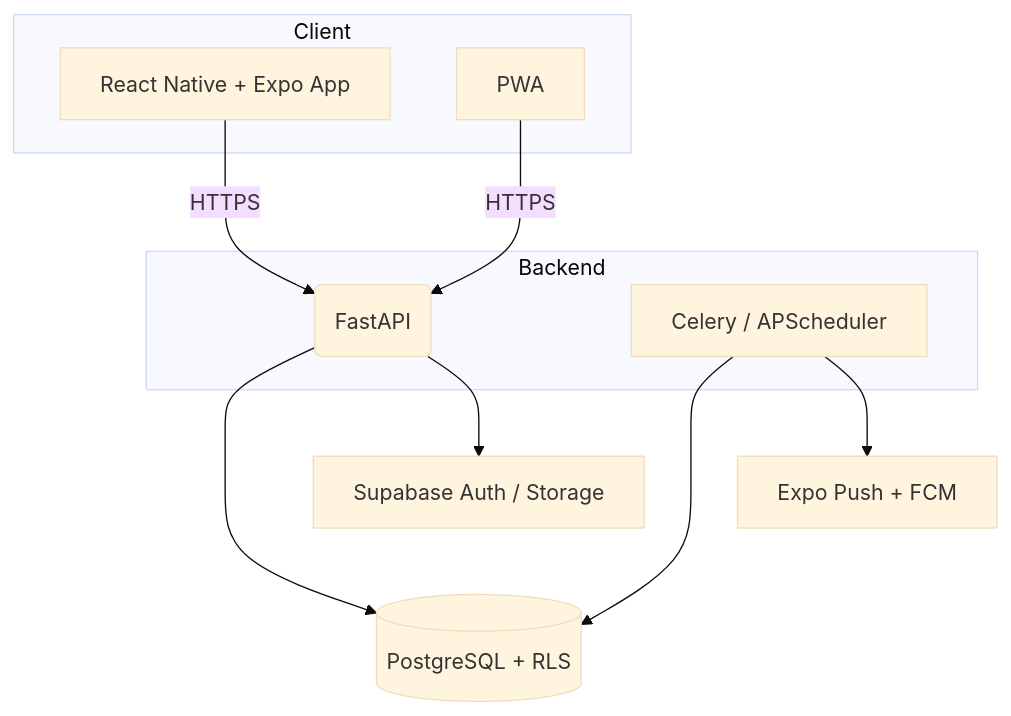
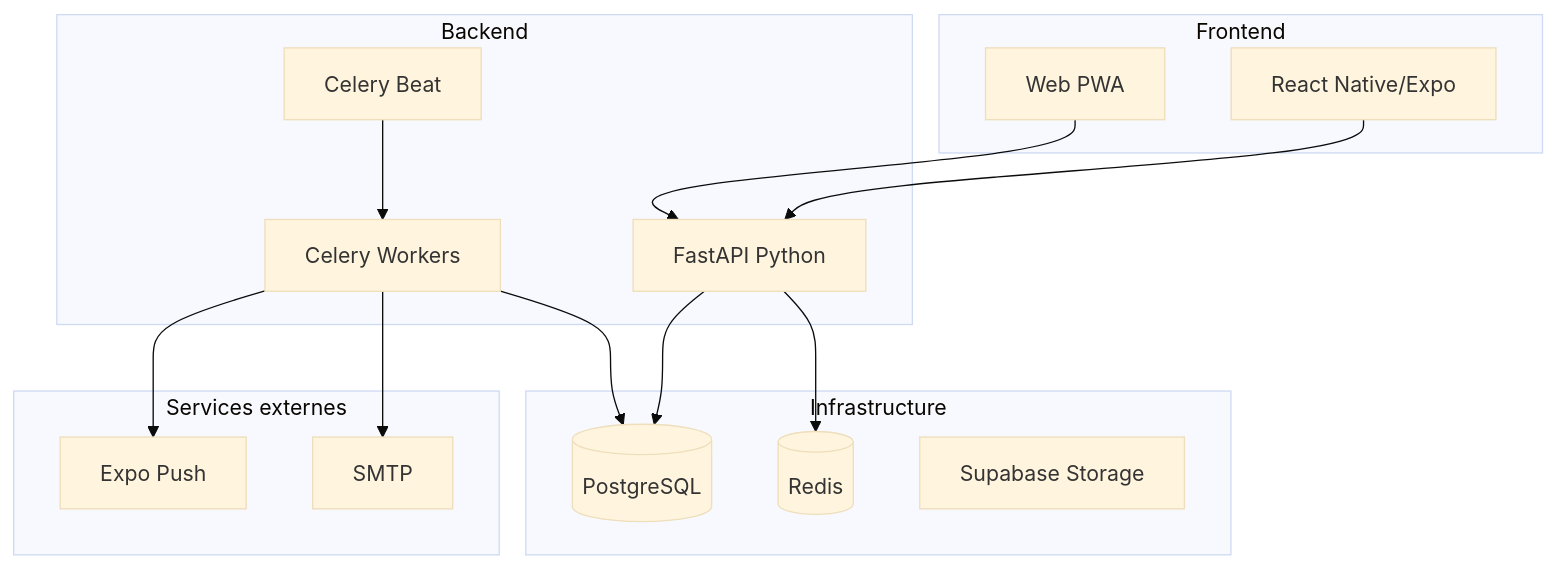
Before and after one commit to CharlesBoydelaTour/cleaning_tracker: the diagram in README.md, drawn with Mermaid (base theme). The commit also changed other lines of this file and 8 other files, not shown here.

````diff
--- a/README.md
+++ b/README.md
@@ -79,21 +26,33 @@
 ```mermaid
-graph TD
-  subgraph Client
-    RN[React Native + Expo App]
-    Web[PWA]
-  end
-  subgraph Backend
-    APISrv(FastAPI)
-    Worker[Celery&nbsp;/&nbsp;APScheduler]
-  end
-  DB[(PostgreSQL + RLS)]
-  Supa[Supabase Auth / Storage]
-  Push[Expo Push + FCM]
-
-  RN -->|HTTPS| APISrv
-  Web -->|HTTPS| APISrv
-  APISrv --> DB
-  APISrv --> Supa
-  Worker ---> DB
-  Worker --> Push
+graph TB
+    subgraph "Frontend"
+        Mobile[React Native/Expo]
+        Web[Web PWA]
+    end
+    
+    subgraph "Backend"
+        API[FastAPI Python]
+        Worker[Celery Workers]
+        Scheduler[Celery Beat]
+    end
+    
+    subgraph "Infrastructure"
+        DB[(PostgreSQL)]
+        Redis[(Redis)]
+        Storage[Supabase Storage]
+    end
+    
+    subgraph "Services externes"
+        Push[Expo Push]
+        Email[SMTP]
+    end
+    
+    Mobile --> API
+    Web --> API
+    API --> DB
+    API --> Redis
+    Worker --> DB
+    Worker --> Push
+    Worker --> Email
+    Scheduler --> Worker
 ```
````
